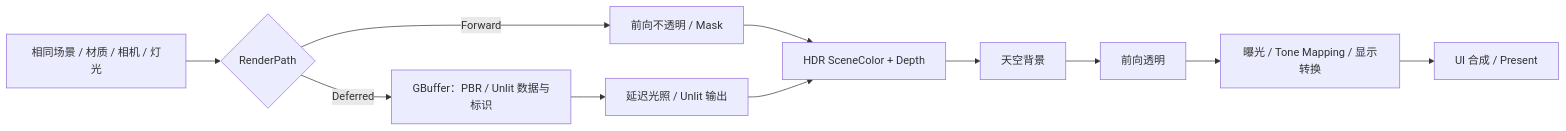
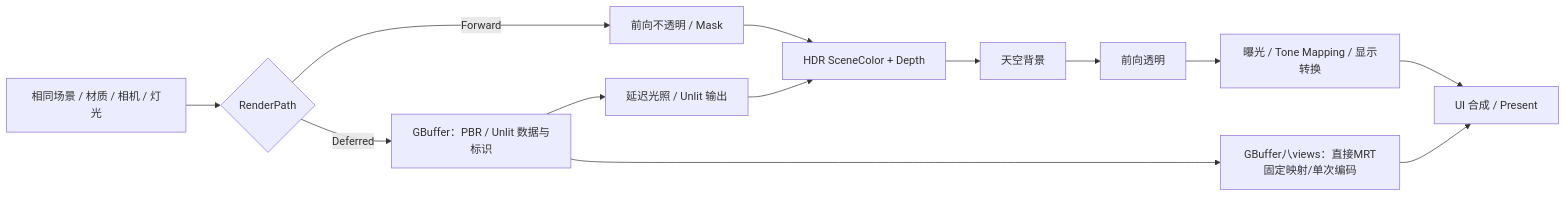
One commit to Cyberyb/KuEngine changed the second of 2 diagrams in docs/structure/target-architecture.md. Above: the diagram before and after it, drawn with Mermaid. The commit also changed other lines of this file and 122 other files, not shown here.

````diff
--- a/docs/structure/target-architecture.md
+++ b/docs/structure/target-architecture.md
@@ -87,17 +87,19 @@
 ```mermaid
 flowchart LR
     Scene["相同场景 / 材质 / 相机 / 灯光"]
     Choice{"RenderPath"}
     Forward["前向不透明 / Mask"]
     GBuffer["GBuffer：PBR / Unlit 数据与标识"]
     Lighting["延迟光照 / Unlit 输出"]
     HDR["HDR SceneColor + Depth"]
     Sky["天空背景"]
     Transparent["前向透明"]
     Output["曝光 / Tone Mapping / 显示转换"]
+    Debug["GBuffer八views：直接MRT固定映射/单次编码"]
     UI["UI 合成 / Present"]
     Scene --> Choice
     Choice -->|Forward| Forward --> HDR
     Choice -->|Deferred| GBuffer --> Lighting --> HDR
     HDR --> Sky --> Transparent --> Output --> UI
+    GBuffer --> Debug --> UI
 ```
````
